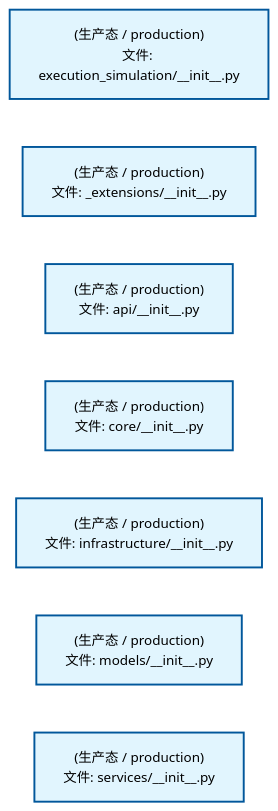
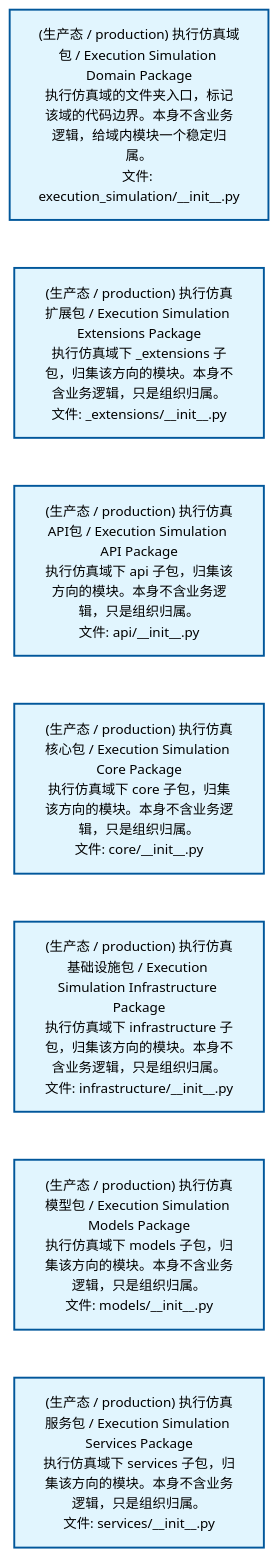
Before and after one commit to xuanFelixVan/ZephyrAlpha: the diagram in docs/02_enterprise_architecture/02_domain_architecture_docs/43_d_exec_sim.md, drawn with Mermaid. The commit also changed 54 other files, not shown here.

````diff
--- a/docs/02_enterprise_architecture/02_domain_architecture_docs/43_d_exec_sim.md
+++ b/docs/02_enterprise_architecture/02_domain_architecture_docs/43_d_exec_sim.md
@@ -53,22 +53,22 @@
 ```mermaid
 %%{init: {'theme': 'base', 'themeVariables': {'primaryColor': '#eaeaea', 'primaryTextColor': '#333333', 'primaryBorderColor': '#666666', 'lineColor': '#666666', 'secondaryColor': '#eaeaea', 'tertiaryColor': '#eaeaea', 'fontSize': '14px'}}}%%
 flowchart TD
-    src_zephyr_execution_simulation_init_py["(生产态 / production)<br/>文件: execution_simulation/__init__.py"]
-    src_zephyr_execution_simulation_extensions_init_py["(生产态 / production)<br/>文件: _extensions/__init__.py"]
-    src_zephyr_execution_simulation_api_init_py["(生产态 / production)<br/>文件: api/__init__.py"]
-    src_zephyr_execution_simulation_core_init_py["(生产态 / production)<br/>文件: core/__init__.py"]
-    src_zephyr_execution_simulation_infrastructure_init_py["(生产态 / production)<br/>文件: infrastructure/__init__.py"]
-    src_zephyr_execution_simulation_models_init_py["(生产态 / production)<br/>文件: models/__init__.py"]
-    src_zephyr_execution_simulation_services_init_py["(生产态 / production)<br/>文件: services/__init__.py"]
+    src_zephyr_execution_simulation_init_py["(生产态 / production) 执行仿真域包 / Execution Simulation Domain Package<br/>执行仿真域的文件夹入口，标记该域的代码边界。本身不含业务逻辑，给域内模块一个稳定归属。<br/>文件: execution_simulation/__init__.py"]
+    src_zephyr_execution_simulation_extensions_init_py["(生产态 / production) 执行仿真扩展包 / Execution Simulation Extensions Package<br/>执行仿真域下 _extensions 子包，归集该方向的模块。本身不含业务逻辑，只是组织归属。<br/>文件: _extensions/__init__.py"]
+    src_zephyr_execution_simulation_api_init_py["(生产态 / production) 执行仿真API包 / Execution Simulation API Package<br/>执行仿真域下 api 子包，归集该方向的模块。本身不含业务逻辑，只是组织归属。<br/>文件: api/__init__.py"]
+    src_zephyr_execution_simulation_core_init_py["(生产态 / production) 执行仿真核心包 / Execution Simulation Core Package<br/>执行仿真域下 core 子包，归集该方向的模块。本身不含业务逻辑，只是组织归属。<br/>文件: core/__init__.py"]
+    src_zephyr_execution_simulation_infrastructure_init_py["(生产态 / production) 执行仿真基础设施包 / Execution Simulation Infrastructure Package<br/>执行仿真域下 infrastructure 子包，归集该方向的模块。本身不含业务逻辑，只是组织归属。<br/>文件: infrastructure/__init__.py"]
+    src_zephyr_execution_simulation_models_init_py["(生产态 / production) 执行仿真模型包 / Execution Simulation Models Package<br/>执行仿真域下 models 子包，归集该方向的模块。本身不含业务逻辑，只是组织归属。<br/>文件: models/__init__.py"]
+    src_zephyr_execution_simulation_services_init_py["(生产态 / production) 执行仿真服务包 / Execution Simulation Services Package<br/>执行仿真域下 services 子包，归集该方向的模块。本身不含业务逻辑，只是组织归属。<br/>文件: services/__init__.py"]
     src_zephyr_execution_simulation_init_py ~~~ src_zephyr_execution_simulation_extensions_init_py
     src_zephyr_execution_simulation_extensions_init_py ~~~ src_zephyr_execution_simulation_api_init_py
     src_zephyr_execution_simulation_api_init_py ~~~ src_zephyr_execution_simulation_core_init_py
     src_zephyr_execution_simulation_core_init_py ~~~ src_zephyr_execution_simulation_infrastructure_init_py
     src_zephyr_execution_simulation_infrastructure_init_py ~~~ src_zephyr_execution_simulation_models_init_py
     src_zephyr_execution_simulation_models_init_py ~~~ src_zephyr_execution_simulation_services_init_py
     classDef production fill:#e1f5fe,stroke:#01579b,stroke-width:2px,color:#000
     classDef design fill:#fff3e0,stroke:#e65100,stroke-width:2px,color:#000,stroke-dasharray: 5 5
     classDef external_prod fill:#e8f4fd,stroke:#0277bd,stroke-width:1px,color:#000
     classDef external_design fill:#fff8e7,stroke:#ef6c00,stroke-width:1px,color:#000,stroke-dasharray: 5 5
     class src_zephyr_execution_simulation_init_py,src_zephyr_execution_simulation_extensions_init_py,src_zephyr_execution_simulation_api_init_py,src_zephyr_execution_simulation_core_init_py,src_zephyr_execution_simulation_infrastructure_init_py,src_zephyr_execution_simulation_models_init_py,src_zephyr_execution_simulation_services_init_py production
 ```
````
